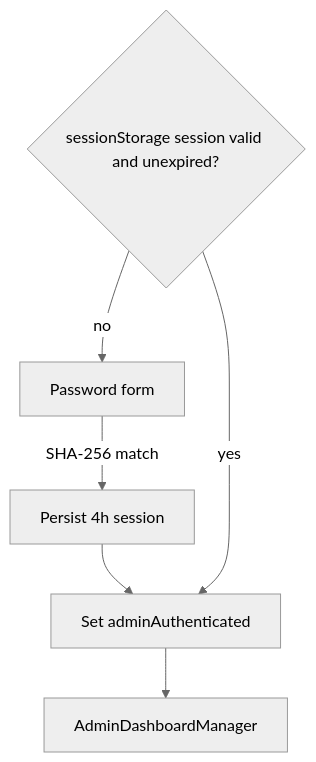
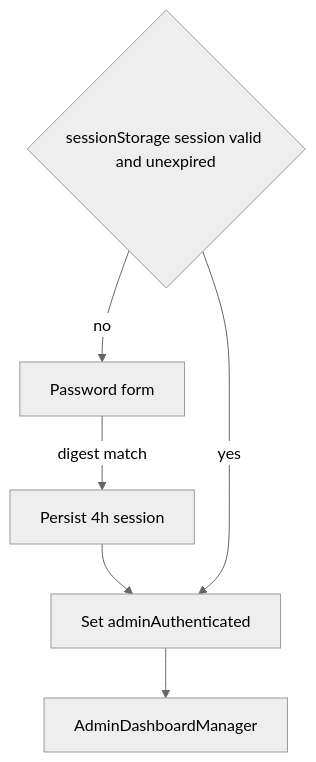
One commit to TheHien04/Deltadev-link- changed the sixth of 6 diagrams in README.md. Above: the diagram before and after it, drawn with Mermaid (neutral theme). The commit also changed other lines of this file and 10 other files, not shown here.

First line of the commit message:
Fix GitHub Mermaid parse errors and use Mekong Delta origin

````diff
--- a/README.md
+++ b/README.md
@@ -618,9 +622,9 @@
 ```mermaid
 flowchart TD
-  Q{sessionStorage session valid and unexpired?}
+  Q{sessionStorage session valid and unexpired}
   Q -->|no| L[Password form]
-  L -->|SHA-256 match| P[Persist 4h session]
+  L -->|digest match| P[Persist 4h session]
   P --> F[Set adminAuthenticated]
   Q -->|yes| F
   F --> D[AdminDashboardManager]
 ```
````
